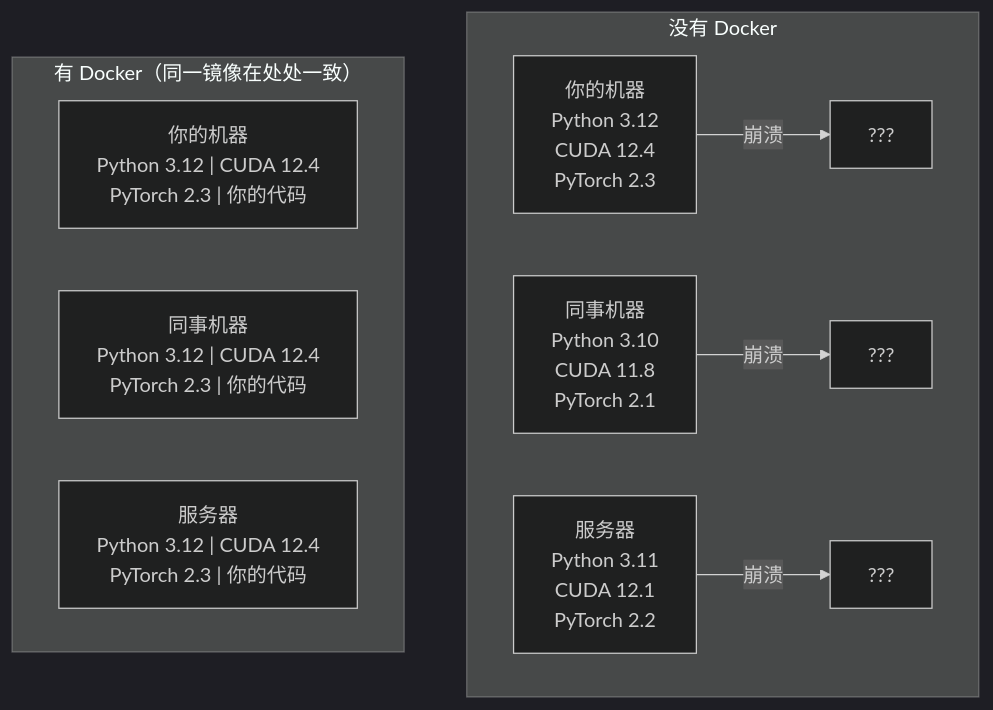
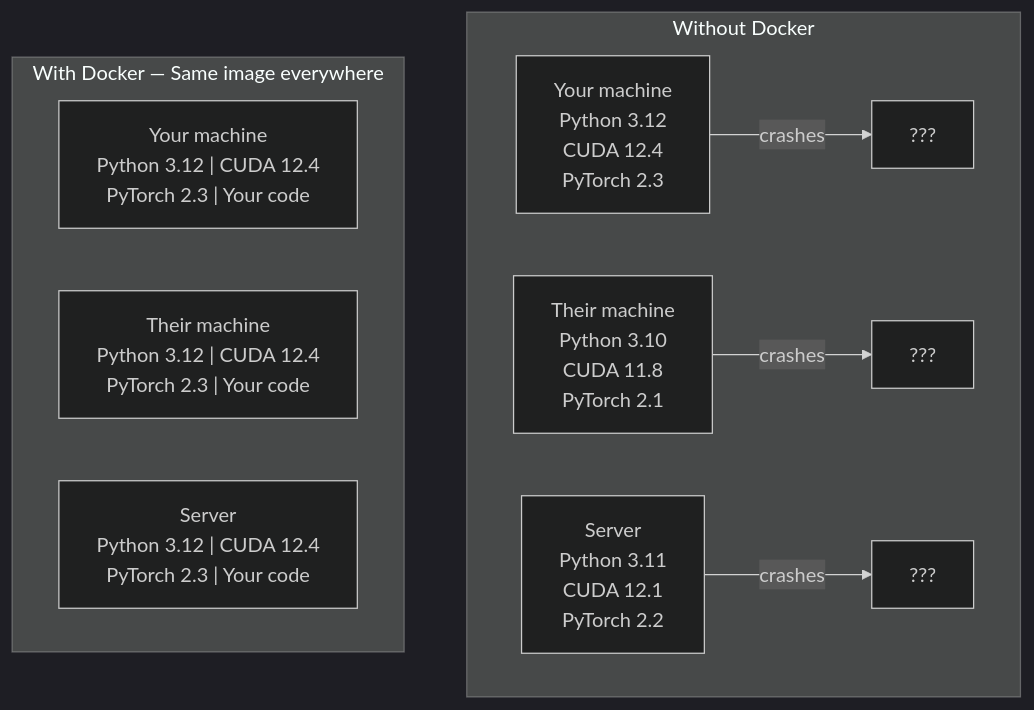
The diagram in phases/00-setup-and-tooling/07-docker-for-ai/docs/zh.md (omigaZen/ai-engineering-from-scratch), drawn with Mermaid (dark theme) before and after one commit. The commit also changed other lines of this file and 32 other files, not shown here.

````diff
--- a/phases/00-setup-and-tooling/07-docker-for-ai/docs/zh.md
+++ b/phases/00-setup-and-tooling/07-docker-for-ai/docs/zh.md
@@ -27,14 +27,14 @@
 ```mermaid
 graph TD
-    subgraph without["没有 Docker"]
-        A1["你的机器<br/>Python 3.12<br/>CUDA 12.4<br/>PyTorch 2.3"] -->|崩溃| X1["???"]
-        A2["同事机器<br/>Python 3.10<br/>CUDA 11.8<br/>PyTorch 2.1"] -->|崩溃| X2["???"]
-        A3["服务器<br/>Python 3.11<br/>CUDA 12.1<br/>PyTorch 2.2"] -->|崩溃| X3["???"]
+    subgraph without["Without Docker"]
+        A1["Your machine<br/>Python 3.12<br/>CUDA 12.4<br/>PyTorch 2.3"] -->|crashes| X1["???"]
+        A2["Their machine<br/>Python 3.10<br/>CUDA 11.8<br/>PyTorch 2.1"] -->|crashes| X2["???"]
+        A3["Server<br/>Python 3.11<br/>CUDA 12.1<br/>PyTorch 2.2"] -->|crashes| X3["???"]
     end
 
-    subgraph with_docker["有 Docker（同一镜像在处处一致）"]
-        B1["你的机器<br/>Python 3.12 | CUDA 12.4<br/>PyTorch 2.3 | 你的代码"]
-        B2["同事机器<br/>Python 3.12 | CUDA 12.4<br/>PyTorch 2.3 | 你的代码"]
-        B3["服务器<br/>Python 3.12 | CUDA 12.4<br/>PyTorch 2.3 | 你的代码"]
+    subgraph with_docker["With Docker — Same image everywhere"]
+        B1["Your machine<br/>Python 3.12 | CUDA 12.4<br/>PyTorch 2.3 | Your code"]
+        B2["Their machine<br/>Python 3.12 | CUDA 12.4<br/>PyTorch 2.3 | Your code"]
+        B3["Server<br/>Python 3.12 | CUDA 12.4<br/>PyTorch 2.3 | Your code"]
     end
 ```
````
